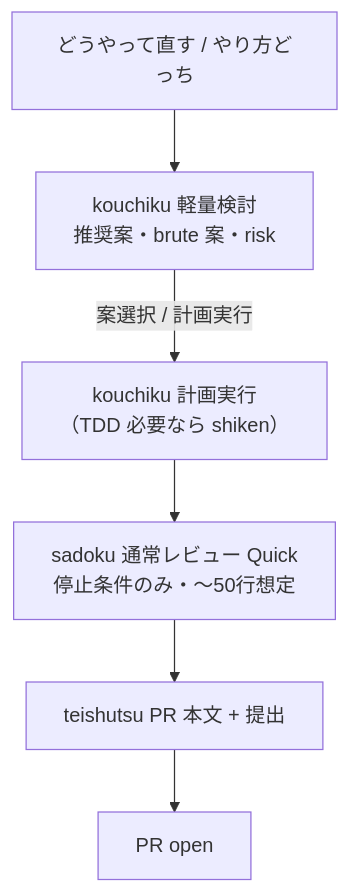
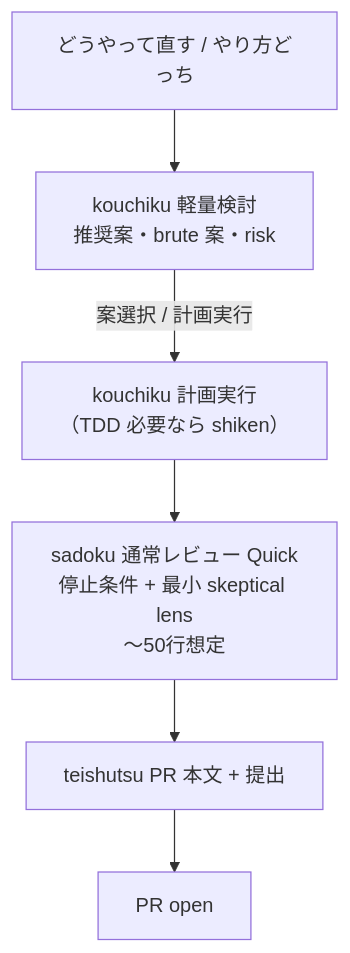
The fifth of 6 diagrams in docs/workflow.md (hayashiii-ghub/hikizan), drawn with Mermaid before and after one commit. The commit also changed other lines of this file and 1 other file, not shown here.

````diff
--- a/docs/workflow.md
+++ b/docs/workflow.md
@@ -127,8 +128,8 @@
 ```mermaid
 flowchart TB
   D0["どうやって直す / やり方どっち"] --> D1["kouchiku 軽量検討<br/>推奨案・brute 案・risk"]
   D1 -->|"案選択 / 計画実行"| D2["kouchiku 計画実行<br/>（TDD 必要なら shiken）"]
-  D2 --> D3["sadoku 通常レビュー Quick<br/>停止条件のみ・〜50行想定"]
+  D2 --> D3["sadoku 通常レビュー Quick<br/>停止条件 + 最小 skeptical lens<br/>〜50行想定"]
   D3 --> D4["teishutsu PR 本文 + 提出"]
   D4 --> D5["PR open"]
 ```
````
